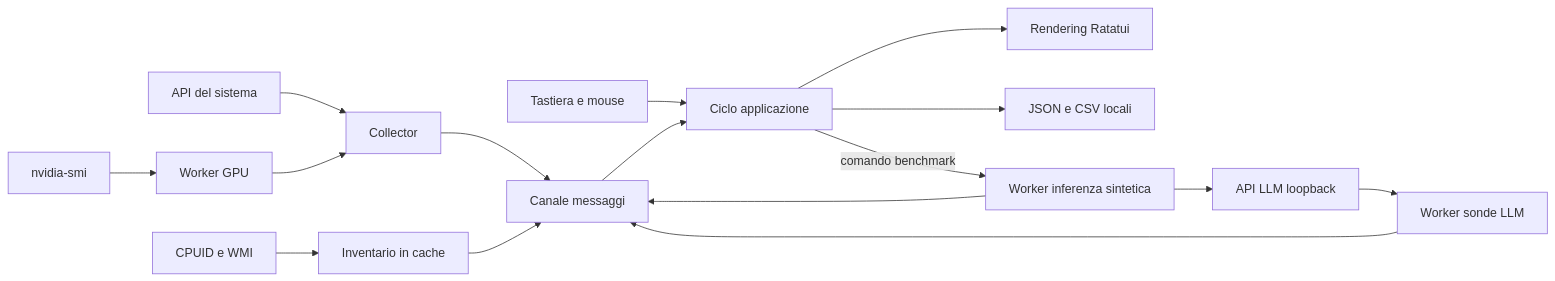
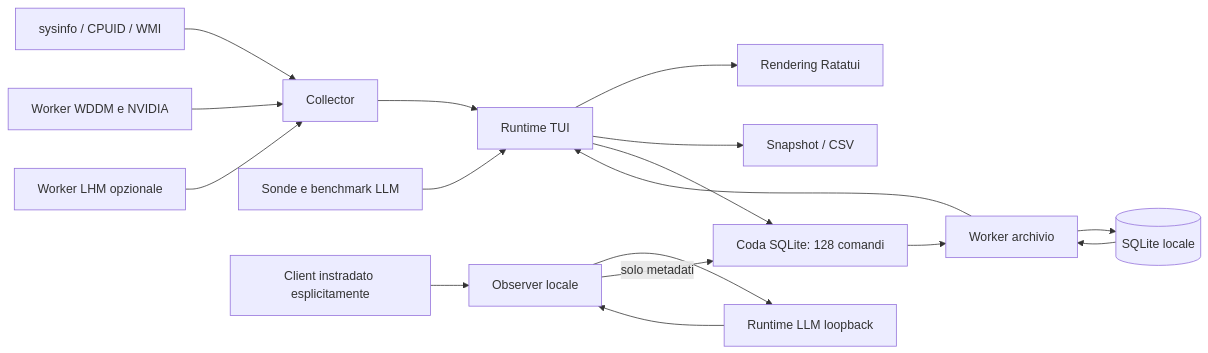
Before and after one commit to danielegabrovec/rust-cpu: the diagram in docs/ARCHITETTURA.md, drawn with Mermaid. The commit also changed other lines of this file and 44 other files, not shown here.

Commit message:
Add SQLite session lab, comparisons, persistent settings and local LLM observer

````diff
--- a/docs/ARCHITETTURA.md
+++ b/docs/ARCHITETTURA.md
@@ -20,18 +32,19 @@
 ```mermaid
 flowchart LR
-    OS[API del sistema] --> C[Collector]
-    W[CPUID e WMI] --> I[Inventario in cache]
-    N[nvidia-smi] --> G[Worker GPU]
-    G --> C
-    C --> M[Canale messaggi]
-    I --> M
-    L[API LLM loopback] --> P[Worker sonde LLM]
-    P --> M
-    K[Tastiera e mouse] --> A[Ciclo applicazione]
-    M --> A
+    H[sysinfo / CPUID / WMI] --> C[Collector]
+    G[Worker WDDM e NVIDIA] --> C
+    S[Worker LHM opzionale] --> C
+    C --> A[Runtime TUI]
+    L[Sonde e benchmark LLM] --> A
     A --> U[Rendering Ratatui]
-    A --> E[JSON e CSV locali]
-    A -->|comando benchmark| B[Worker inferenza sintetica]
-    B --> L
-    B --> M
+    A --> E[Snapshot / CSV]
+    A --> Q[Coda SQLite: 128 comandi]
+    Client[Client instradato esplicitamente] --> O[Observer locale]
+    O --> R[Runtime LLM loopback]
+    R --> O
+    O -->|solo metadati| Q
+    Q --> W[Worker archivio]
+    W --> DB[(SQLite locale)]
+    DB --> W
+    W --> A
 ```
````
